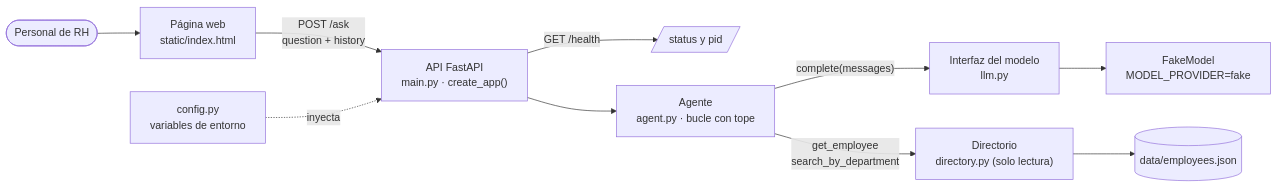
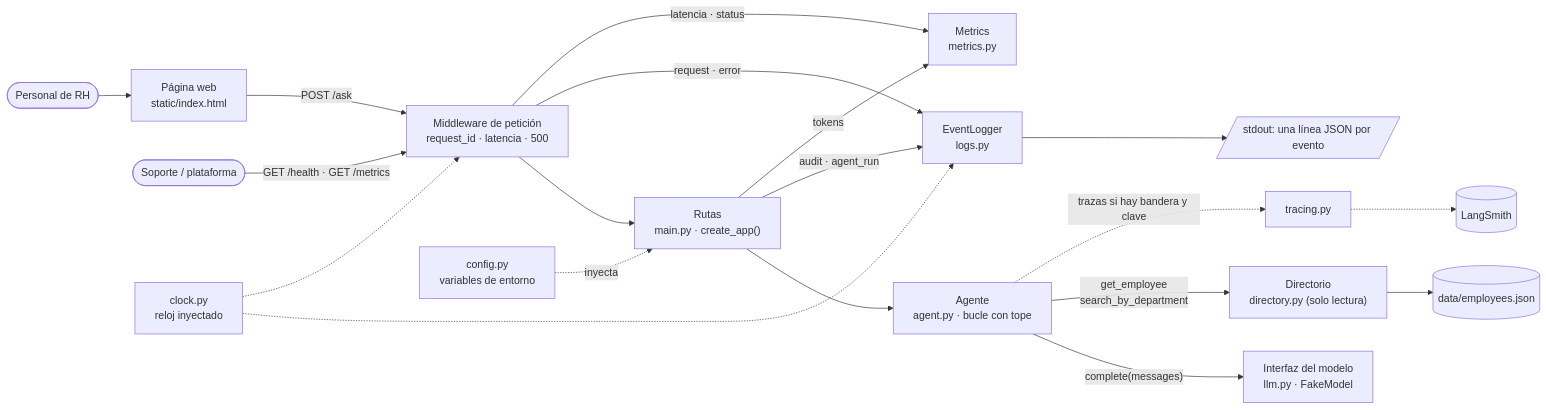
One commit to Xochitlsw/m4-hr-assistant changed the first of 2 diagrams in product/doc/architecture.md. Above: the diagram before and after it, drawn with Mermaid. The commit also changed other lines of this file and 41 other files, not shown here.

````diff
--- a/product/doc/architecture.md
+++ b/product/doc/architecture.md
@@ -11,12 +19,21 @@
 ```mermaid
 flowchart LR
   user(["Personal de RH"]) --> page["Página web<br/>static/index.html"]
-  page -- "POST /ask<br/>question + history" --> api["API FastAPI<br/>main.py · create_app()"]
-  api -- "GET /health" --> health[/"status y pid"/]
+  page -- "POST /ask" --> mw["Middleware de petición<br/>request_id · latencia · 500"]
+  ops(["Soporte / plataforma"]) -- "GET /health · GET /metrics" --> mw
+  mw --> api["Rutas<br/>main.py · create_app()"]
   api --> agent["Agente<br/>agent.py · bucle con tope"]
-  agent -- "complete(messages)" --> model["Interfaz del modelo<br/>llm.py"]
-  model --> fake["FakeModel<br/>MODEL_PROVIDER=fake"]
+  agent -- "complete(messages)" --> model["Interfaz del modelo<br/>llm.py · FakeModel"]
   agent -- "get_employee<br/>search_by_department" --> dir["Directorio<br/>directory.py (solo lectura)"]
   dir --> data[("data/employees.json")]
+  mw -- "request · error" --> logs["EventLogger<br/>logs.py"]
+  api -- "audit · agent_run" --> logs
+  logs --> stdout[/"stdout: una línea JSON por evento"/]
+  mw -- "latencia · status" --> metrics["Metrics<br/>metrics.py"]
+  api -- "tokens" --> metrics
+  agent -. "trazas si hay bandera y clave" .-> tracing["tracing.py"]
+  tracing -.-> langsmith[("LangSmith")]
+  clock["clock.py<br/>reloj inyectado"] -.-> logs
+  clock -.-> mw
   config["config.py<br/>variables de entorno"] -. "inyecta" .-> api
 ```
````
